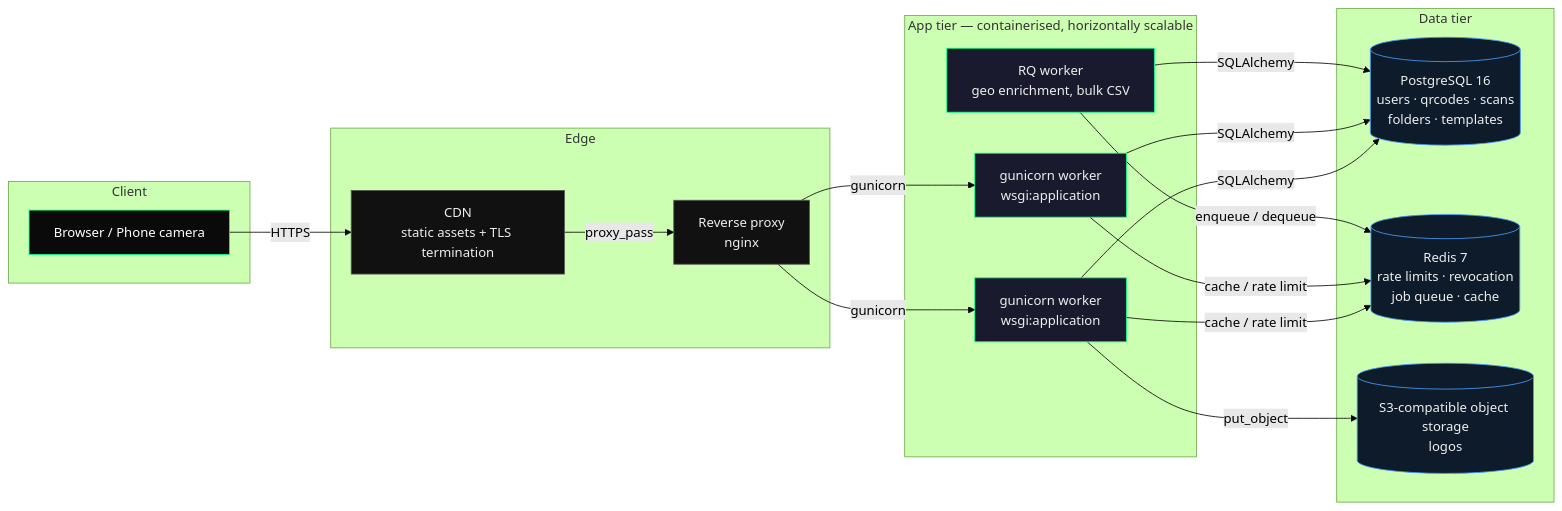
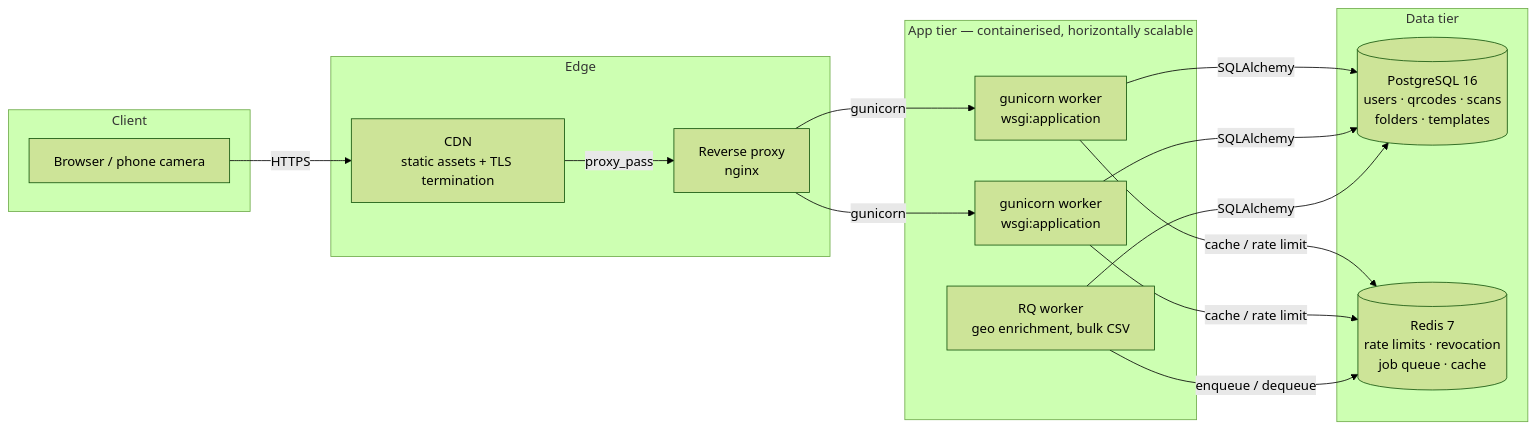
One commit to WHITEJACK5/DYNAMIC-QR changed the diagram in README.md. Above: the diagram before and after it, drawn with Mermaid (forest theme). The commit also changed other lines of this file and 2 other files, not shown here.

Commit message:
docs: add pagination and deployment architecture sections to README

````diff
--- a/README.md
+++ b/README.md
@@ -84,40 +326,31 @@
 ```mermaid
-%% Rendered by GitHub from docs/architecture.mmd
+%% Rendered by GitHub from docs/architecture.mmd. The diagram is the text,
+%% so it cannot drift from the code.
 flowchart LR
     subgraph client["Client"]
-        B["Browser / Phone camera"]
+        B["Browser / phone camera"]
     end
     subgraph edge["Edge"]
         CDN["CDN<br/>static assets + TLS termination"]
         LB["Reverse proxy<br/>nginx"]
     end
     subgraph app["App tier — containerised, horizontally scalable"]
         W1["gunicorn worker<br/>wsgi:application"]
         W2["gunicorn worker<br/>wsgi:application"]
         J["RQ worker<br/>geo enrichment, bulk CSV"]
     end
     subgraph data["Data tier"]
         PG[("PostgreSQL 16<br/>users · qrcodes · scans<br/>folders · templates")]
         RD[("Redis 7<br/>rate limits · revocation<br/>job queue · cache")]
-        S3[("S3-compatible object storage<br/>logos")]
     end
     B -->|"HTTPS"| CDN
     CDN -->|"proxy_pass"| LB
     LB -->|"gunicorn"| W1
     LB -->|"gunicorn"| W2
     W1 -->|"SQLAlchemy"| PG
     W2 -->|"SQLAlchemy"| PG
     W1 -->|"cache / rate limit"| RD
     W2 -->|"cache / rate limit"| RD
-    W1 -->|"put_object"| S3
     J -->|"SQLAlchemy"| PG
     J -->|"enqueue / dequeue"| RD
-    classDef client fill:#0A0A0A,stroke:#00FF88,color:#fff
-    classDef edge fill:#111,stroke:#555,color:#eee
-    classDef app fill:#1a1a2e,stroke:#00FF88,color:#eee
-    classDef data fill:#0d1b2a,stroke:#4a9eff,color:#eee
-    class B client
-    class CDN,LB edge
-    class W1,W2,J app
-    class PG,RD,S3 data
 ```
````
